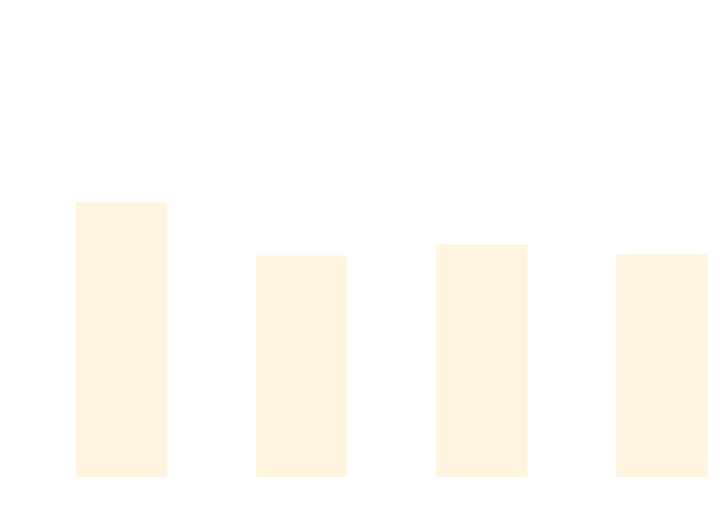
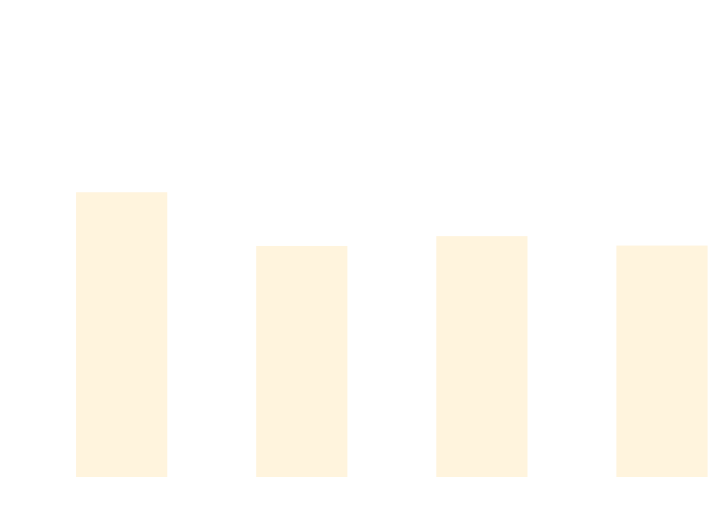
One commit to thomhurst/TUnit changed the diagram in docs/docs/benchmarks/BuildTime.md. Above: the diagram before and after it, drawn with Mermaid. The commit also changed other lines of this file and 17 other files, not shown here.

````diff
--- a/docs/docs/benchmarks/BuildTime.md
+++ b/docs/docs/benchmarks/BuildTime.md
@@ -28,37 +28,37 @@
 ```mermaid
 %%{init: {
   'theme':'base',
   'themeVariables': {
     'primaryColor': '#2563eb',
     'primaryTextColor': '#ffffff',
     'primaryBorderColor': '#1e40af',
     'lineColor': '#6b7280',
     'secondaryColor': '#7c3aed',
     'tertiaryColor': '#dc2626',
     'background': '#ffffff',
     'mainBkg': '#2563eb',
     'secondBkg': '#7c3aed',
     'tertiaryBkg': '#dc2626',
     'clusterBkg': '#f3f4f6',
     'edgeLabelBackground': '#ffffff',
     'tertiaryTextColor': '#1f2937',
     'pie1': '#2563eb',
     'pie2': '#7c3aed',
     'pie3': '#dc2626',
     'pie4': '#f59e0b',
     'pie5': '#10b981',
     'pie6': '#06b6d4',
     'pie7': '#ec4899',
     'pie8': '#6366f1',
     'pie9': '#84cc16',
     'pie10': '#f97316',
     'pie11': '#14b8a6',
     'pie12': '#a855f7'
   }
 }}%%
 xychart-beta
   title "Build Time Comparison"
   x-axis ["Build_TUnit", "Build_NUnit", "Build_MSTest", "Build_xUnit3"]
   y-axis "Time (s)" 0 --> 3
-  bar [1.956, 1.566, 1.648, 1.573]
+  bar [2.03, 1.636, 1.708, 1.639]
 ```
````
